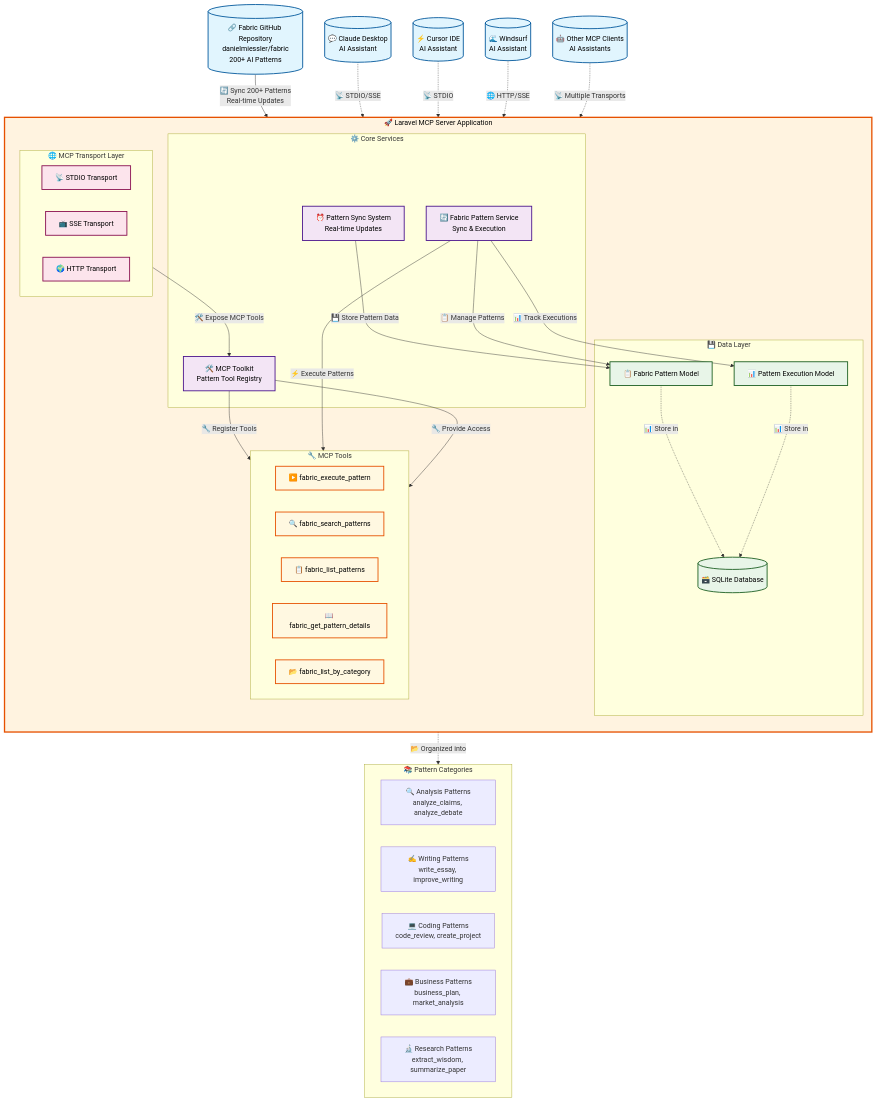
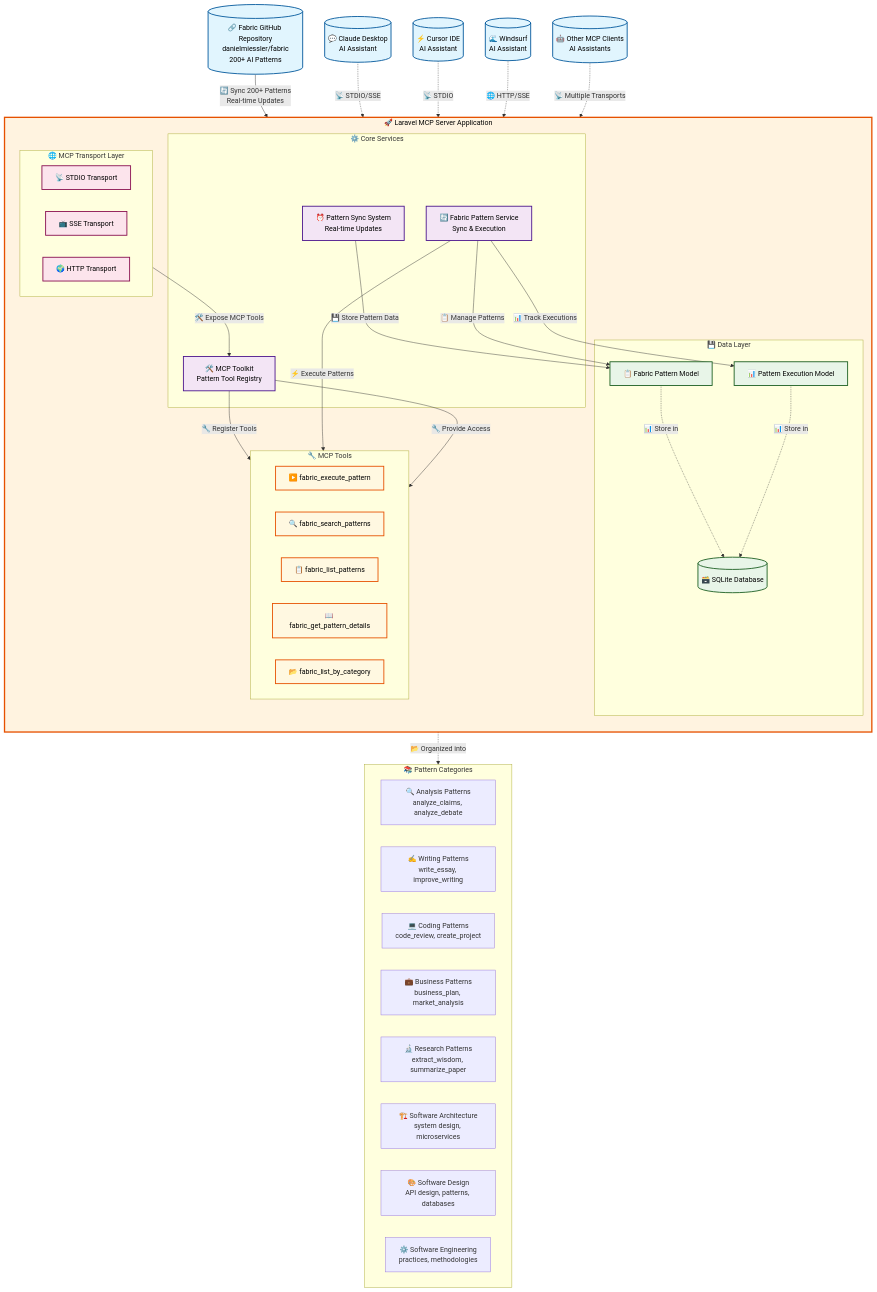
Before and after one commit to fsmonter/prompts-mcp: the diagram in docs/system-context.md, drawn with Mermaid. The commit also changed other lines of this file and 5 other files, not shown here.

```diff
--- a/docs/system-context.md
+++ b/docs/system-context.md
@@ -71,6 +71,9 @@
         Coding["💻 Coding Patterns<br/>code_review, create_project"]
         Business["💼 Business Patterns<br/>business_plan, market_analysis"]
         Research["🔬 Research Patterns<br/>extract_wisdom, summarize_paper"]
+        SoftwareArchitecture["🏗️ Software Architecture<br/>system design, microservices"]
+        SoftwareDesign["🎨 Software Design<br/>API design, patterns, databases"]
+        SoftwareEngineering["⚙️ Software Engineering<br/>practices, methodologies"]
     end
     
     PatternModel -.->|"📂 Organized into"| Categories
```
